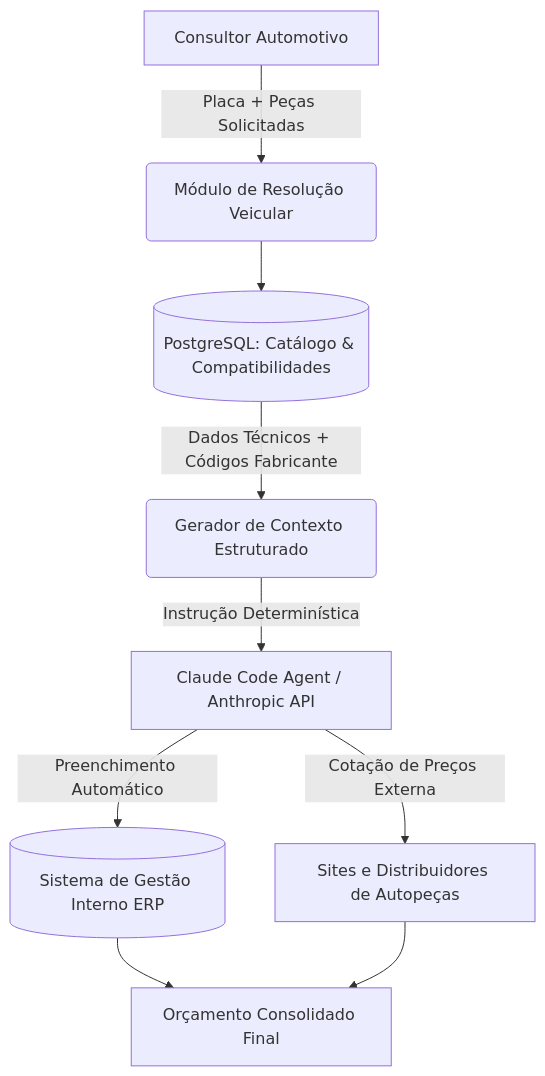
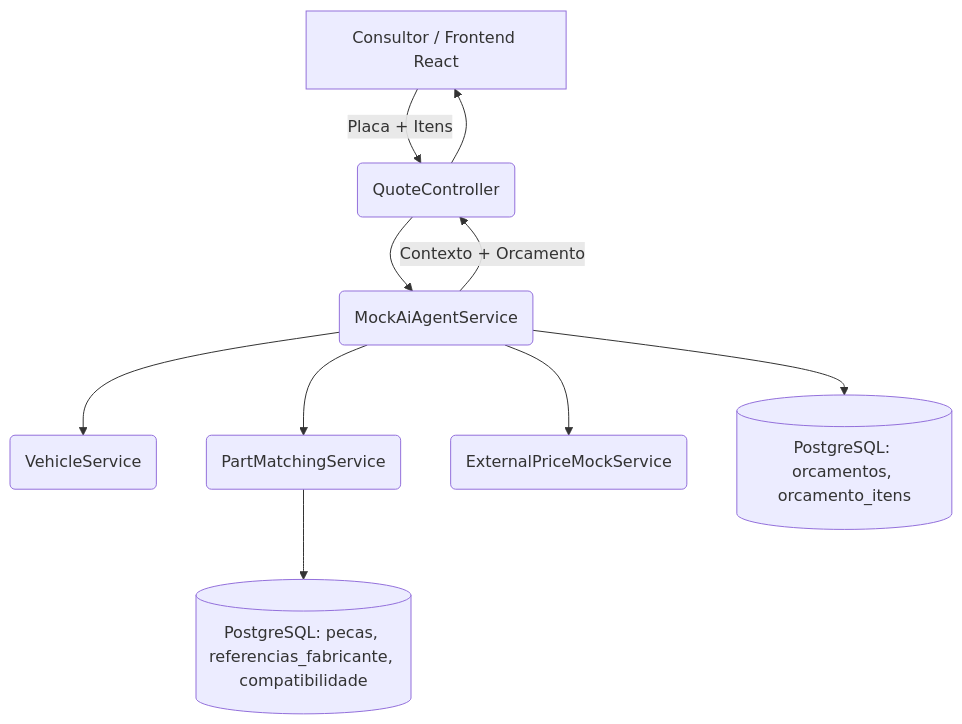
One commit to AdrianLopez001/LocParts changed the diagram in README.md. Above: the diagram before and after it, drawn with Mermaid. The commit also changed other lines of this file and 59 other files, not shown here.

Commit message:
refactor: restructure repository root with Java Spring Boot backend and React frontend

````diff
--- a/README.md
+++ b/README.md
@@ -39,10 +54,11 @@
 ```mermaid
 flowchart TD
-    A[Consultor Automotivo] -->|Placa + Peças Solicitadas| B(Módulo de Resolução Veicular)
-    B --> C[(PostgreSQL: Catálogo & Compatibilidades)]
-    C -->|Dados Técnicos + Códigos Fabricante| D(Gerador de Contexto Estruturado)
-    D -->|Instrução Determinística| E[Claude Code Agent / Anthropic API]
-    E -->|Preenchimento Automático| F[(Sistema de Gestão Interno ERP)]
-    E -->|Cotação de Preços Externa| G[Sites e Distribuidores de Autopeças]
-    F & G --> H[Orçamento Consolidado Final]
+    A[Consultor / Frontend React] -->|Placa + Itens| B(QuoteController)
+    B --> C(MockAiAgentService)
+    C --> D(VehicleService)
+    C --> E(PartMatchingService)
+    E --> F[(PostgreSQL: pecas, referencias_fabricante, compatibilidade)]
+    C --> G(ExternalPriceMockService)
+    C --> H[(PostgreSQL: orcamentos, orcamento_itens)]
+    C -->|Contexto + Orcamento| B --> A
 ```
````
